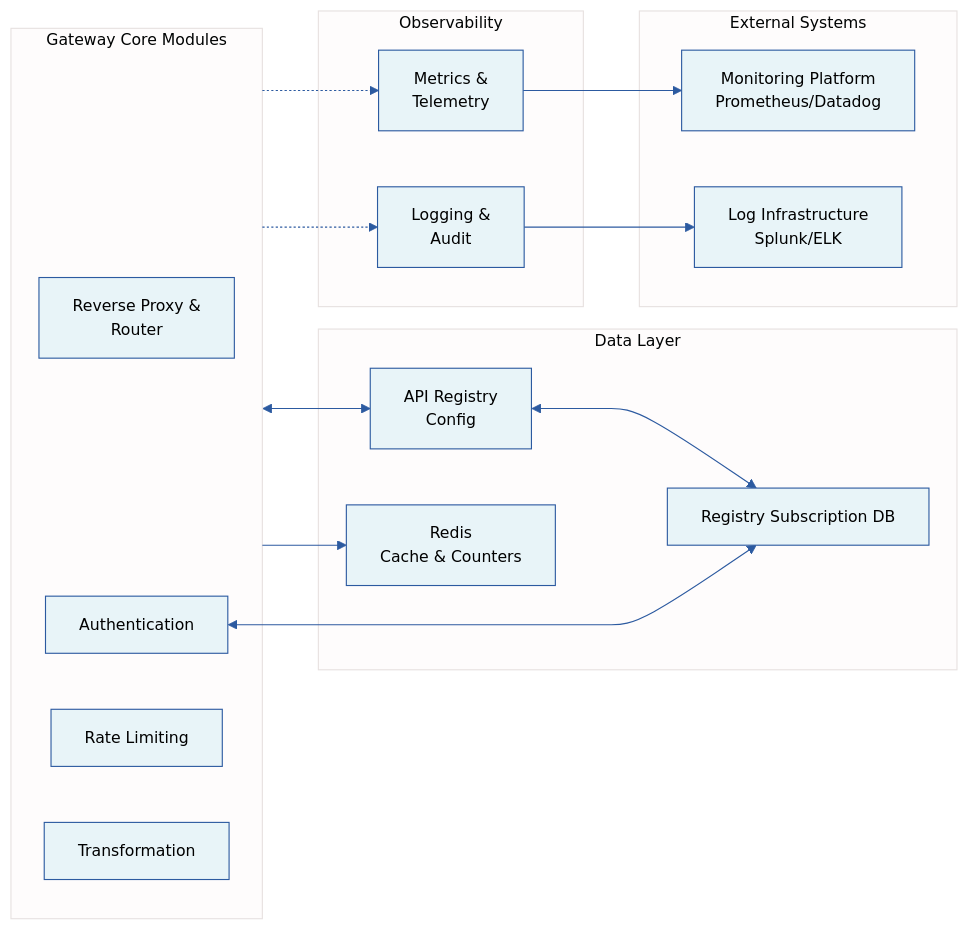
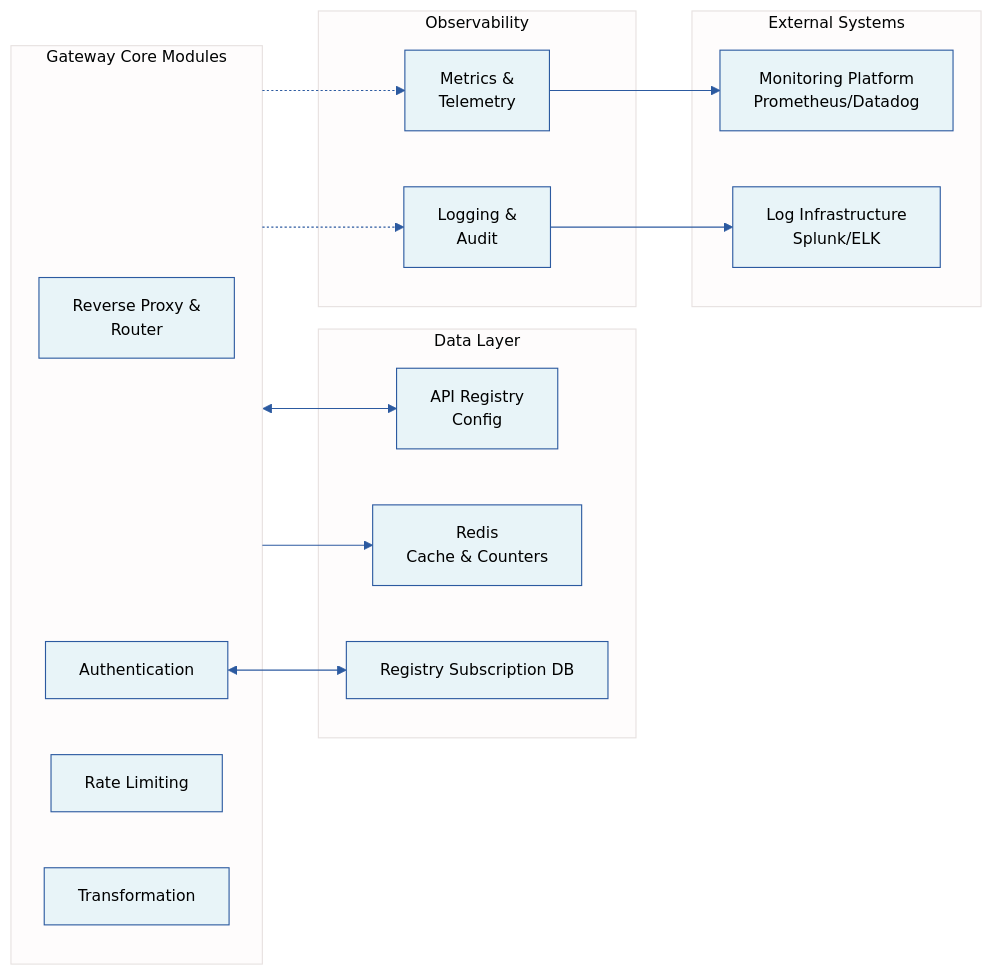
One commit to barbecuesteve/api-governance changed the fourth of 4 diagrams in build-from-scratch/01-api-gateway.md. Above: the diagram before and after it, drawn with Mermaid. The commit also changed 1 other file, not shown here.

Commit message:
initial work on AI

```diff
--- a/build-from-scratch/01-api-gateway.md
+++ b/build-from-scratch/01-api-gateway.md
@@ -128,35 +128,34 @@
 <pre class="mermaid">
 %%{init: {'theme':'base', 'themeVariables': { 'primaryColor':'#e8f4f8','primaryTextColor':'#000','primaryBorderColor':'#2c5aa0','lineColor':'#2c5aa0','edgeLabelBackground':'#fff','fontSize':'14px'}}}%%
 flowchart LR
     subgraph Core["Gateway Core Modules"]
         Router[Reverse Proxy &<br/>Router]
         Auth[Authentication]
         RateLimit[Rate Limiting]
         Transform[Transformation]
     end
     
     subgraph Observability["Observability"]
         Logging[Logging &<br/>Audit]
         Metrics[Metrics &<br/>Telemetry]
     end
     
     subgraph Data["Data Layer"]
         Redis[Redis<br/>Cache & Counters]
         Registry[API Registry<br/>Config]
         IDP[Registry Subscription DB]
     end
     
     subgraph External["External Systems"]
         LogInfra[Log Infrastructure<br/>Splunk/ELK]
         MonitoringPlatform[Monitoring Platform<br/>Prometheus/Datadog]
     end
     
     Core --> Redis
     Core <--> Registry
     Auth <--> IDP
-    Registry <--> IDP
     Logging --> LogInfra
     Metrics --> MonitoringPlatform
     Core -.-> Logging
     Core -.-> Metrics
 </pre>
```
